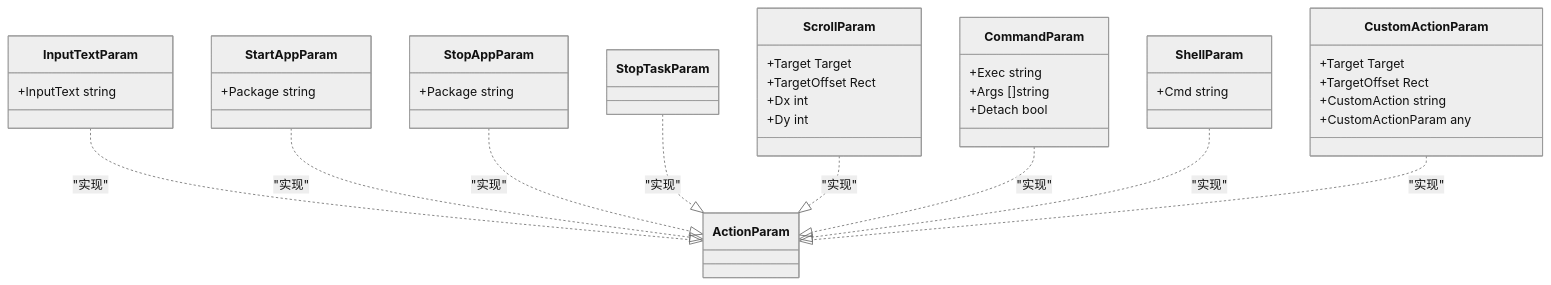
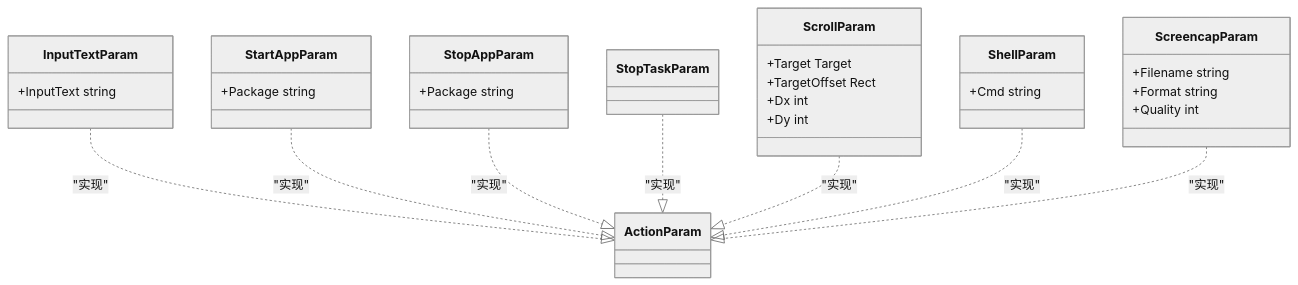
One commit to kqcoxn/MaaPipelineEditor changed the sixth of 8 diagrams in instructions/maafw-golang-binding/高级功能/流水线配置/节点结构详解/动作配置详解/动作配置详解.md. Above: the diagram before and after it, drawn with Mermaid (neutral theme). The commit also changed other lines of this file and 9 other files, not shown here.

````diff
--- a/instructions/maafw-golang-binding/高级功能/流水线配置/节点结构详解/动作配置详解/动作配置详解.md
+++ b/instructions/maafw-golang-binding/高级功能/流水线配置/节点结构详解/动作配置详解/动作配置详解.md
@@ -272,42 +276,35 @@
 ```mermaid
 classDiagram
 class InputTextParam {
 +InputText string
 }
 class StartAppParam {
 +Package string
 }
 class StopAppParam {
 +Package string
 }
 class StopTaskParam {
 }
 class ScrollParam {
 +Target Target
 +TargetOffset Rect
 +Dx int
 +Dy int
 }
-class CommandParam {
-+Exec string
-+Args []string
-+Detach bool
-}
 class ShellParam {
 +Cmd string
 }
-class CustomActionParam {
-+Target Target
-+TargetOffset Rect
-+CustomAction string
-+CustomActionParam any
+class ScreencapParam {
++Filename string
++Format string
++Quality int
 }
 InputTextParam ..|> ActionParam : "实现"
 StartAppParam ..|> ActionParam : "实现"
 StopAppParam ..|> ActionParam : "实现"
 StopTaskParam ..|> ActionParam : "实现"
 ScrollParam ..|> ActionParam : "实现"
-CommandParam ..|> ActionParam : "实现"
 ShellParam ..|> ActionParam : "实现"
-CustomActionParam ..|> ActionParam : "实现"
+ScreencapParam ..|> ActionParam : "实现"
 ```
````
